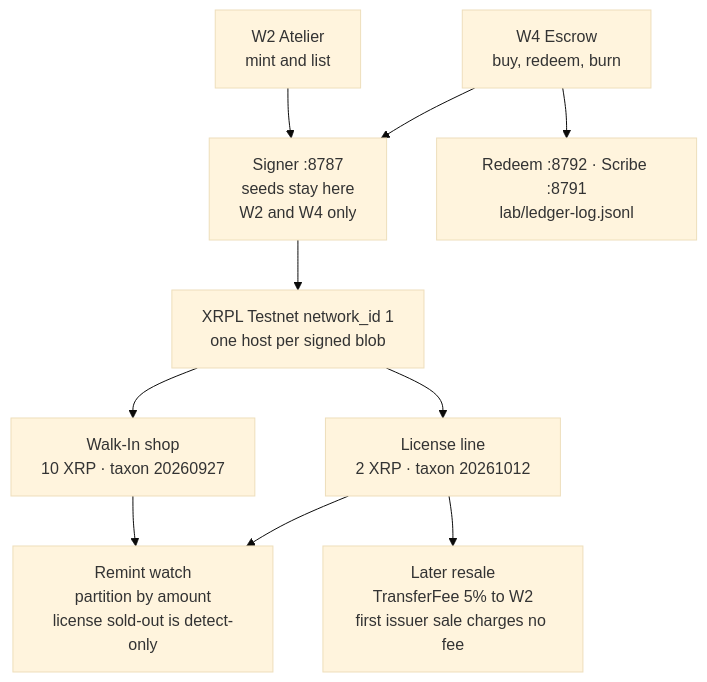
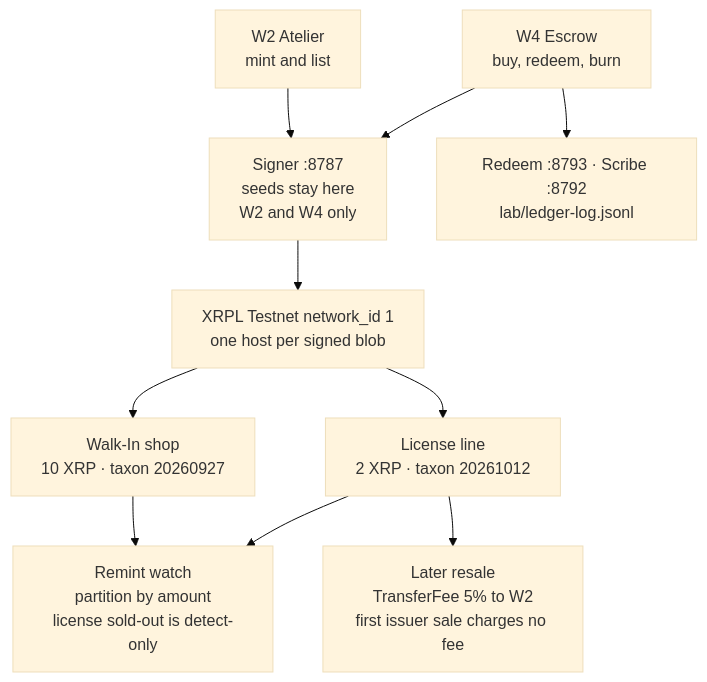
The diagram in machines/agent-work-license/diagrams/economics.mmd (Hobie1Kenobi/aether-foundry), drawn with Mermaid (base theme) before and after one commit. The commit also changed 15 other files, not shown here.

First line of the commit message:
fix(license): move redeem off Scribe's port and green the suite

```diff
--- a/machines/agent-work-license/diagrams/economics.mmd
+++ b/machines/agent-work-license/diagrams/economics.mmd
@@ -1,19 +1,19 @@
 flowchart TB
   w2["W2 Atelier<br/>mint and list"]
   signer["Signer :8787<br/>seeds stay here<br/>W2 and W4 only"]
   w4["W4 Escrow<br/>buy, redeem, burn"]
   ledger["XRPL Testnet network_id 1<br/>one host per signed blob"]
   shop["Walk-In shop<br/>10 XRP · taxon 20260927"]
   license["License line<br/>2 XRP · taxon 20261012"]
   watch["Remint watch<br/>partition by amount<br/>license sold-out is detect-only"]
   resale["Later resale<br/>TransferFee 5% to W2<br/>first issuer sale charges no fee"]
-  side["Redeem :8792 · Scribe :8791<br/>lab/ledger-log.jsonl"]
+  side["Redeem :8793 · Scribe :8792<br/>lab/ledger-log.jsonl"]
   w2 --> signer
   w4 --> signer
   signer --> ledger
   ledger --> shop
   ledger --> license
   shop --> watch
   license --> watch
   license --> resale
   w4 --> side
```
